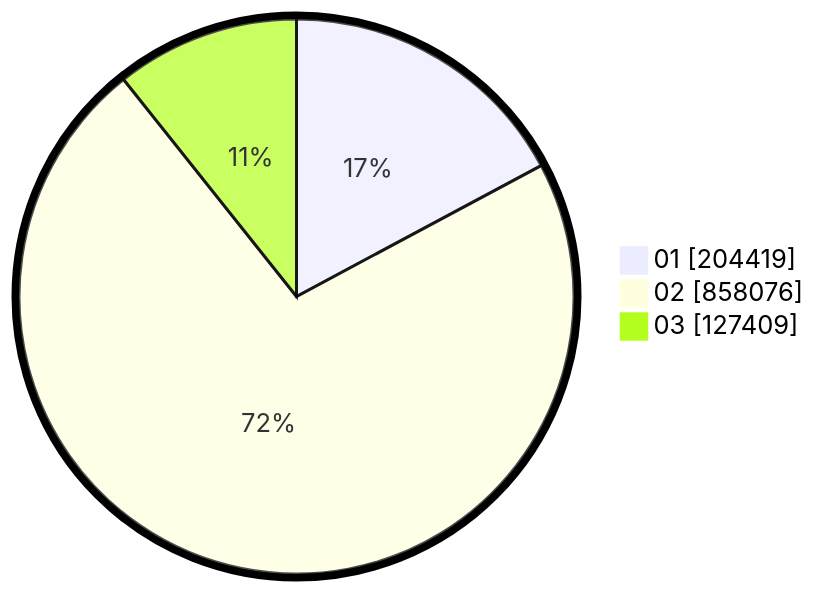
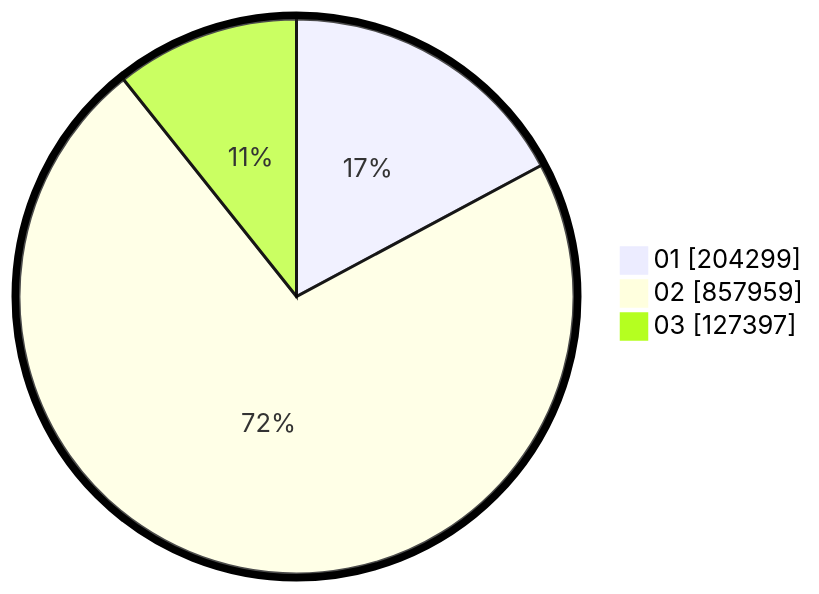
Before and after one commit to gigit-pemilu/pemilu-2024: the second of 2 diagrams in pilpres/hitung-suara/sub/table-wilayah-62.md, drawn with Mermaid. The commit also changed other lines of this file and 5 other files, not shown here.

````diff
--- a/pilpres/hitung-suara/sub/table-wilayah-62.md
+++ b/pilpres/hitung-suara/sub/table-wilayah-62.md
@@ -15,7 +15,7 @@
 ```mermaid
 %%{init: {"pie": {"textPosition": 0.5}, "themeVariables": {"pieOuterStrokeWidth": "5px"}} }%%
 pie showData
-    "01" : 204419
-    "02" : 858076
-    "03" : 127409
+    "01" : 204299
+    "02" : 857959
+    "03" : 127397
 ```
````
